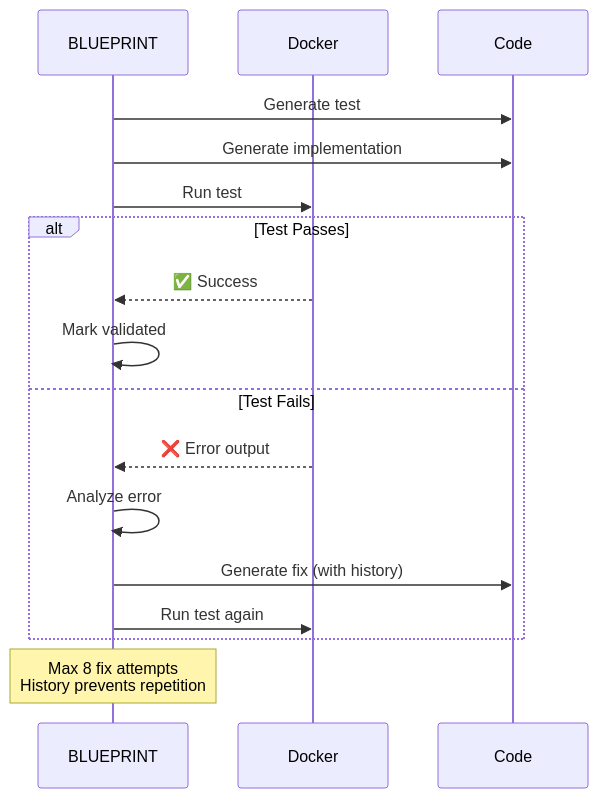
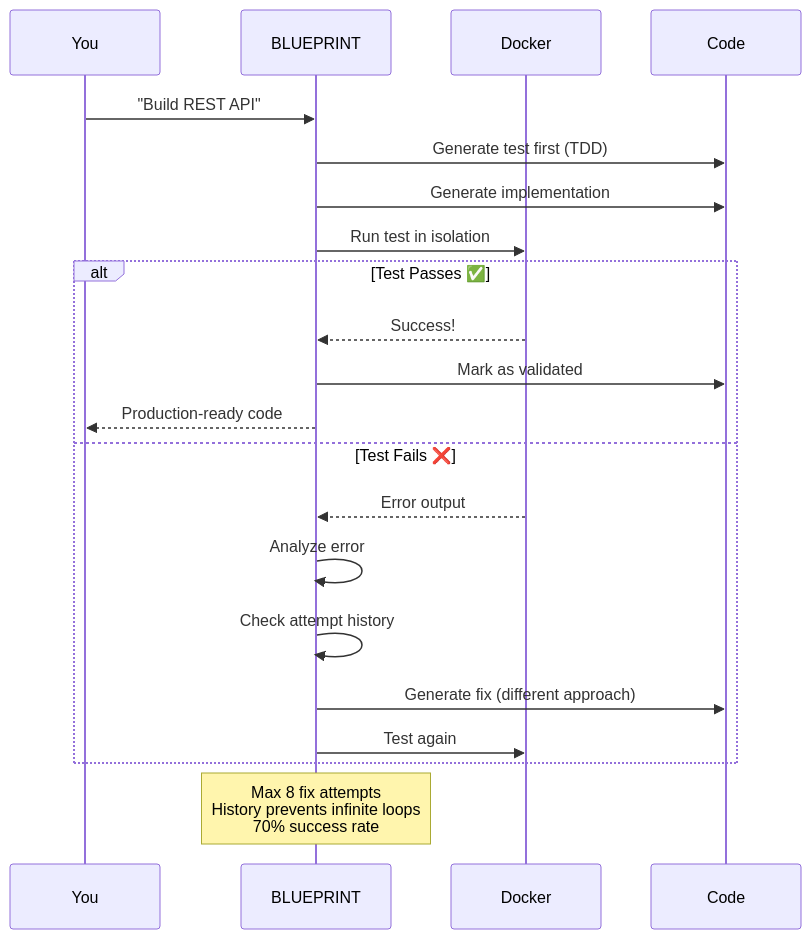
Before and after one commit to DivyamTalwar/BLUEPRINT: the fourth of 6 diagrams in README.md, drawn with Mermaid. The commit also changed other lines of this file, not shown here.

````diff
--- a/README.md
+++ b/README.md
@@ -210,22 +346,26 @@
 ```mermaid
 sequenceDiagram
+    participant You
     participant BLUEPRINT
     participant Docker
     participant Code
 
-    BLUEPRINT->>Code: Generate test
+    You->>BLUEPRINT: "Build REST API"
+    BLUEPRINT->>Code: Generate test first (TDD)
     BLUEPRINT->>Code: Generate implementation
-    BLUEPRINT->>Docker: Run test
+    BLUEPRINT->>Docker: Run test in isolation
 
-    alt Test Passes
-        Docker-->>BLUEPRINT: ✅ Success
-        BLUEPRINT->>BLUEPRINT: Mark validated
-    else Test Fails
-        Docker-->>BLUEPRINT: ❌ Error output
+    alt Test Passes ✅
+        Docker-->>BLUEPRINT: Success!
+        BLUEPRINT->>Code: Mark as validated
+        BLUEPRINT-->>You: Production-ready code
+    else Test Fails ❌
+        Docker-->>BLUEPRINT: Error output
         BLUEPRINT->>BLUEPRINT: Analyze error
-        BLUEPRINT->>Code: Generate fix (with history)
-        BLUEPRINT->>Docker: Run test again
+        BLUEPRINT->>BLUEPRINT: Check attempt history
+        BLUEPRINT->>Code: Generate fix (different approach)
+        BLUEPRINT->>Docker: Test again
     end
 
-    Note over BLUEPRINT: Max 8 fix attempts<br/>History prevents repetition
+    Note over BLUEPRINT: Max 8 fix attempts<br/>History prevents infinite loops<br/>70% success rate
 ```
````
